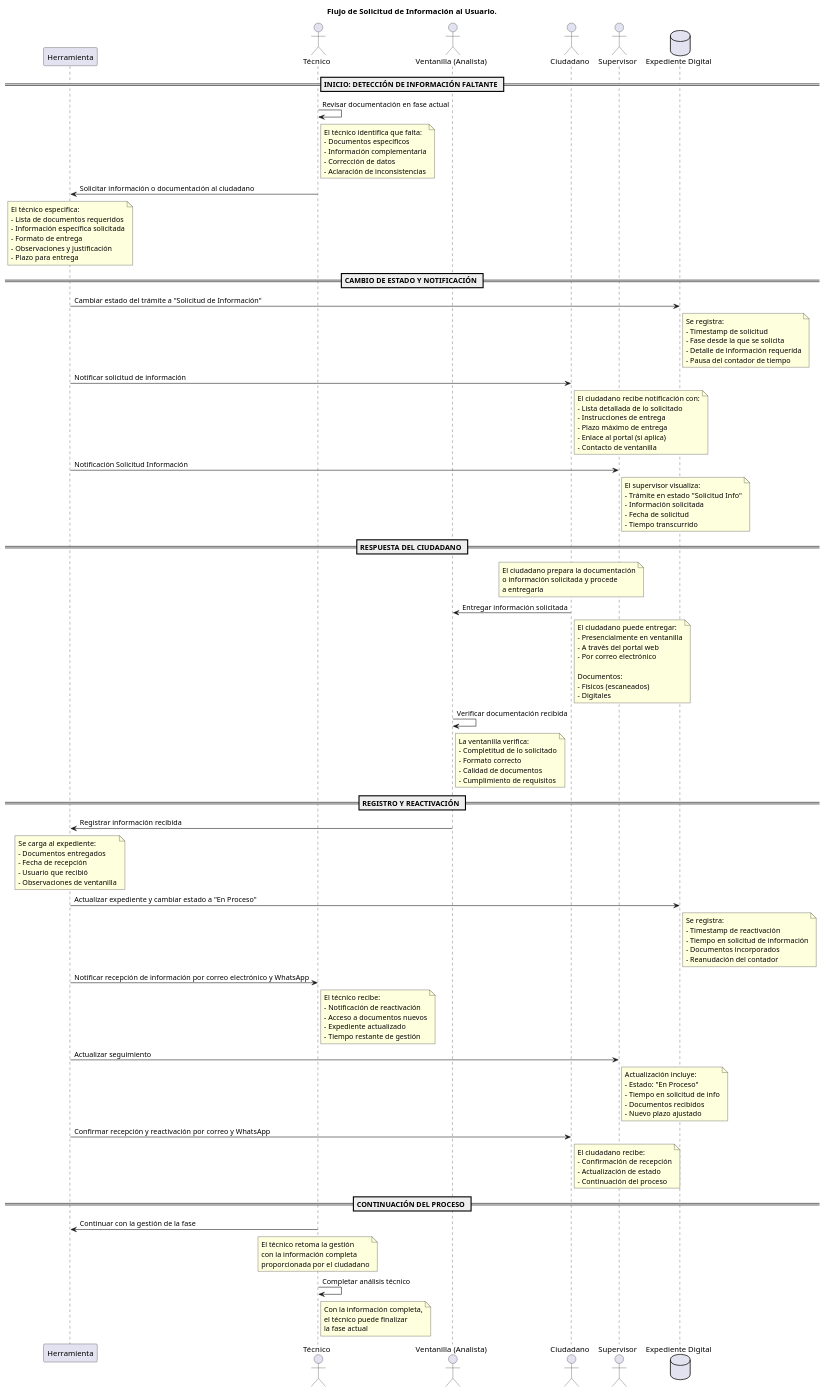
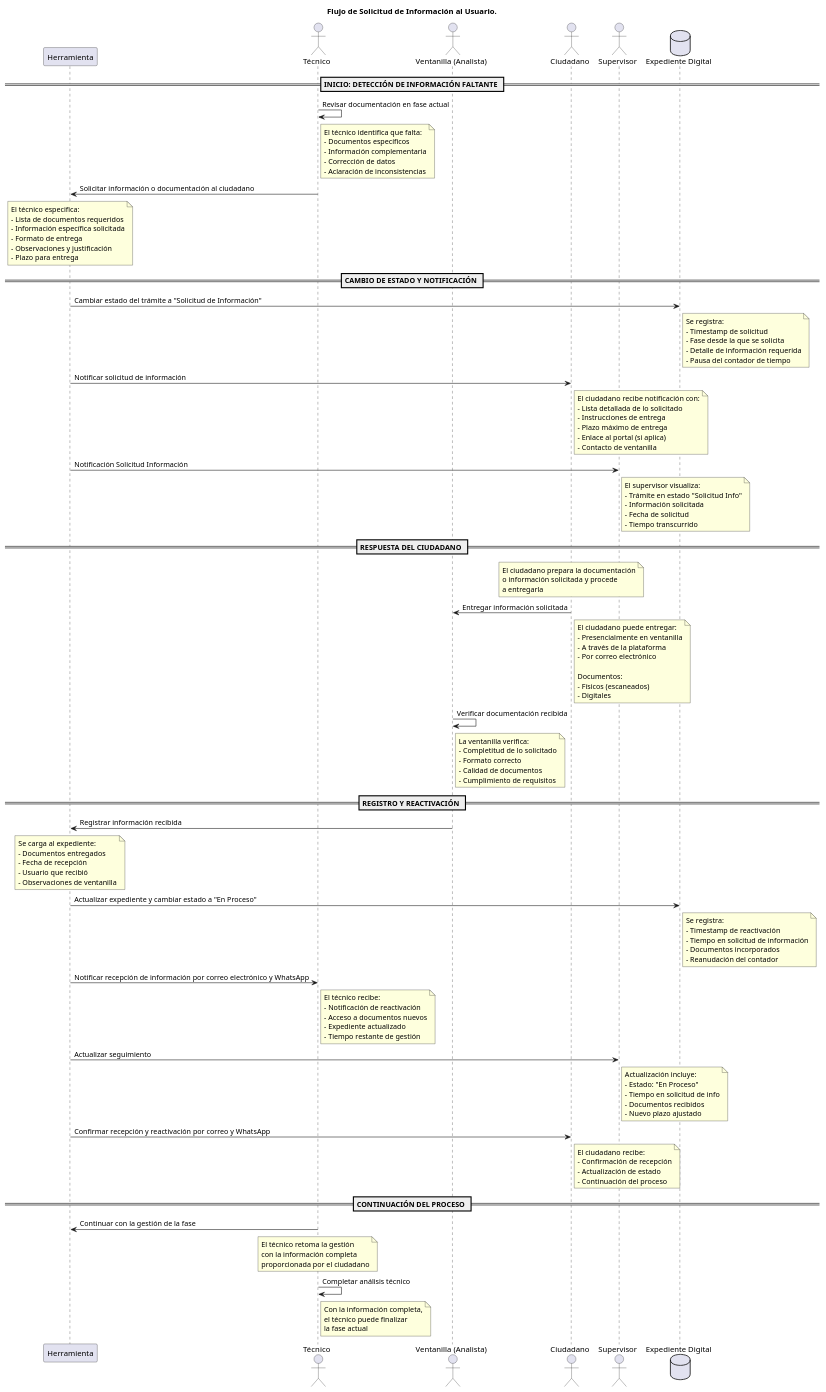
One commit to 2025prosperidad/protocolo-trazados-viales changed the diagram in 5_flujo_solicitud_informacion.puml. Above: the diagram before and after it, drawn with PlantUML. The commit also changed 1 other file, not shown here.

Commit message:
🔄 Actualizar diagrama de solicitud de información con versión completa
✅ CAMBIOS REALIZADOS:
- Reemplazado código simplificado por versión completa con todas las notas
- Agregadas notas explicativas en cada fase del proceso
- Incluye detalles de lo que el técnico especifica
- Muestra información completa de notificaciones
- Detalla verificaciones de ventanilla
- Documenta registro y reactivación completos
- 'Portal web' → 'Plataforma' para consistencia

📊 RESULTADO:
- El diagrama web ahora coincide exactamente con el archivo .puml
- Incluye todas las notas y detalles del proceso
- Mayor claridad en cada etapa del flujo

```diff
--- a/5_flujo_solicitud_informacion.puml
+++ b/5_flujo_solicitud_informacion.puml
@@ -1,155 +1,155 @@
 @startuml
 !pragma charset UTF-8
 skinparam defaultFontName Arial
 title Flujo de Solicitud de Información al Usuario.
 
 participant "Herramienta" as Herramienta
 actor "Técnico" as Tecnico
 actor "Ventanilla (Analista)" as Ventanilla
 actor "Ciudadano" as Ciudadano
 actor "Supervisor" as Supervisor
 database "Expediente Digital" as BD
 
 == INICIO: DETECCIÓN DE INFORMACIÓN FALTANTE ==
 
 Tecnico -> Tecnico : Revisar documentación en fase actual
 note right of Tecnico
   El técnico identifica que falta:
   - Documentos específicos
   - Información complementaria
   - Corrección de datos
   - Aclaración de inconsistencias
 end note
 
 Tecnico -> Herramienta : Solicitar información o documentación al ciudadano
 note over Herramienta
   El técnico especifica:
   - Lista de documentos requeridos
   - Información específica solicitada
   - Formato de entrega
   - Observaciones y justificación
   - Plazo para entrega
 end note
 
 == CAMBIO DE ESTADO Y NOTIFICACIÓN ==
 
 Herramienta -> BD : Cambiar estado del trámite a "Solicitud de Información"
 note right of BD
   Se registra:
   - Timestamp de solicitud
   - Fase desde la que se solicita
   - Detalle de información requerida
   - Pausa del contador de tiempo
 end note
 
 Herramienta -> Ciudadano : Notificar solicitud de información
 note right of Ciudadano
   El ciudadano recibe notificación con:
   - Lista detallada de lo solicitado
   - Instrucciones de entrega
   - Plazo máximo de entrega
   - Enlace al portal (si aplica)
   - Contacto de ventanilla
 end note
 
 Herramienta -> Supervisor : Notificación Solicitud Información
 note right of Supervisor
   El supervisor visualiza:
   - Trámite en estado "Solicitud Info"
   - Información solicitada
   - Fecha de solicitud
   - Tiempo transcurrido
 end note
 
 == RESPUESTA DEL CIUDADANO ==
 
 note over Ciudadano
   El ciudadano prepara la documentación
   o información solicitada y procede
   a entregarla
 end note
 
 Ciudadano -> Ventanilla : Entregar información solicitada
 note right of Ciudadano
   El ciudadano puede entregar:
   - Presencialmente en ventanilla
-  - A través del portal web
+  - A través de la plataforma
   - Por correo electrónico
   
   Documentos:
   - Físicos (escaneados)
   - Digitales
 end note
 
 Ventanilla -> Ventanilla : Verificar documentación recibida
 note right of Ventanilla
   La ventanilla verifica:
   - Completitud de lo solicitado
   - Formato correcto
   - Calidad de documentos
   - Cumplimiento de requisitos
 end note
 
 == REGISTRO Y REACTIVACIÓN ==
 
 Ventanilla -> Herramienta : Registrar información recibida
 note over Herramienta
   Se carga al expediente:
   - Documentos entregados
   - Fecha de recepción
   - Usuario que recibió
   - Observaciones de ventanilla
 end note
 
 Herramienta -> BD : Actualizar expediente y cambiar estado a "En Proceso"
 note right of BD
   Se registra:
   - Timestamp de reactivación
   - Tiempo en solicitud de información
   - Documentos incorporados
   - Reanudación del contador
 end note
 
 Herramienta -> Tecnico : Notificar recepción de información por correo electrónico y WhatsApp
 note right of Tecnico
   El técnico recibe:
   - Notificación de reactivación
   - Acceso a documentos nuevos
   - Expediente actualizado
   - Tiempo restante de gestión
 end note
 
 Herramienta -> Supervisor : Actualizar seguimiento
 note right of Supervisor
   Actualización incluye:
   - Estado: "En Proceso"
   - Tiempo en solicitud de info
   - Documentos recibidos
   - Nuevo plazo ajustado
 end note
 
 Herramienta -> Ciudadano : Confirmar recepción y reactivación por correo y WhatsApp
 note right of Ciudadano
   El ciudadano recibe:
   - Confirmación de recepción
   - Actualización de estado
   - Continuación del proceso
 end note
 
 == CONTINUACIÓN DEL PROCESO ==
 
 Tecnico -> Herramienta : Continuar con la gestión de la fase
 note over Tecnico
   El técnico retoma la gestión
   con la información completa
   proporcionada por el ciudadano
 end note
 
 Tecnico -> Tecnico : Completar análisis técnico
 note right of Tecnico
   Con la información completa,
   el técnico puede finalizar
   la fase actual
 end note
 
 @enduml
```
